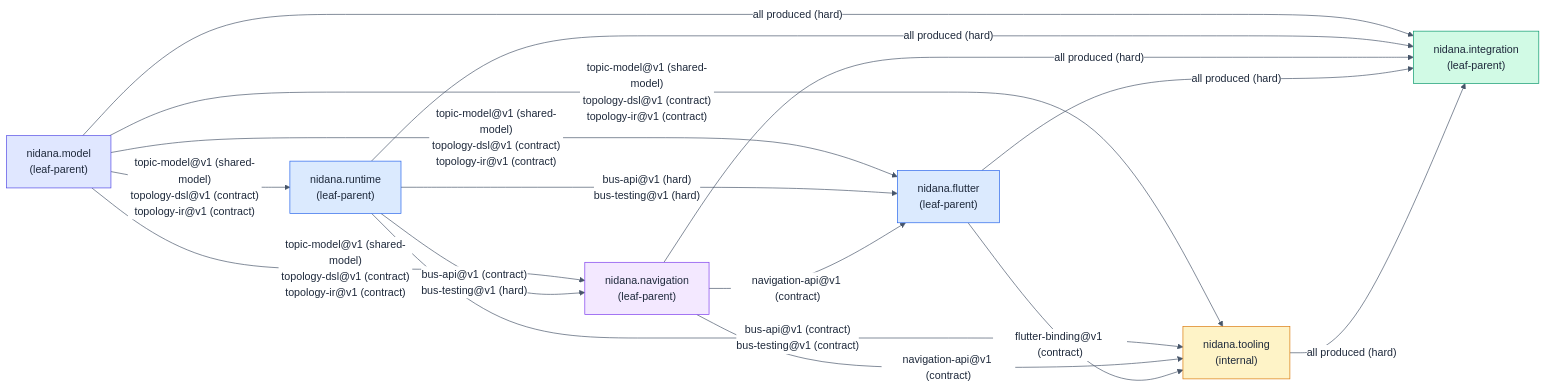
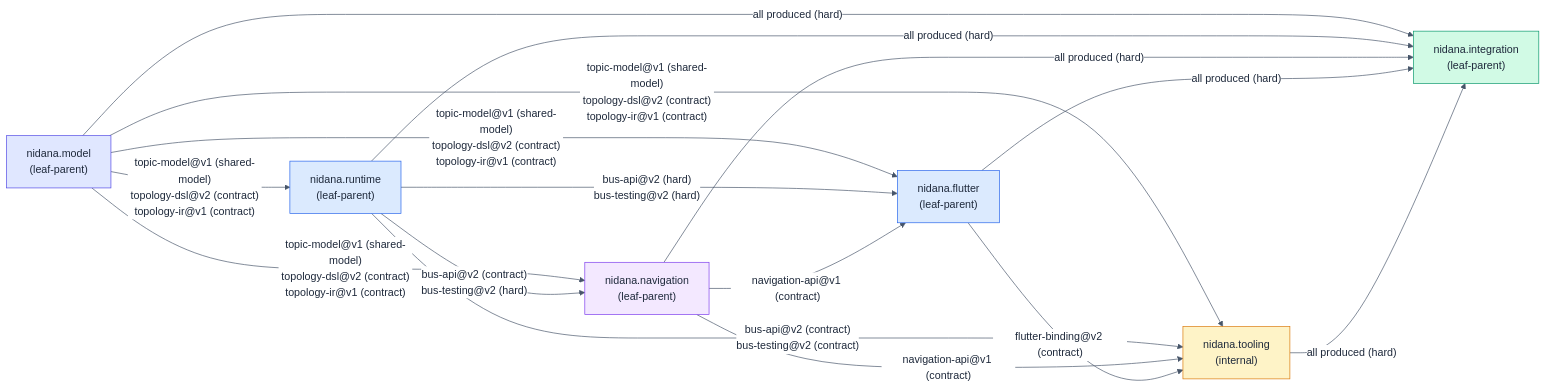
The diagram in hsdd/spec/nidana.md (Samsara-Stream/nidana-bus-dart), drawn with Mermaid before and after one commit. The commit also changed other lines of this file and 1 other file, not shown here.

Commit message:
hsdd: S93 hsdd-spec root nidana touch for v0.15.1 (H22): Sources, D1, D4, D8 to D10, flows, embedded blocks, critical path

````diff
--- a/hsdd/spec/nidana.md
+++ b/hsdd/spec/nidana.md
@@ -142,33 +148,33 @@
 ```mermaid
 %%{init:{'theme':'base','themeVariables':{'primaryTextColor':'#1e293b','lineColor':'#475569','edgeLabelBackground':'#ffffff','tertiaryTextColor':'#1e293b'}}}%%
 flowchart LR
     model["nidana.model<br/>(leaf-parent)"]
     runtime["nidana.runtime<br/>(leaf-parent)"]
     navigation["nidana.navigation<br/>(leaf-parent)"]
     flutter["nidana.flutter<br/>(leaf-parent)"]
     tooling["nidana.tooling<br/>(internal)"]
     integration["nidana.integration<br/>(leaf-parent)"]
 
-    model -- "topic-model@v1 (shared-model)<br/>topology-dsl@v1 (contract)<br/>topology-ir@v1 (contract)" --> runtime
-    model -- "topic-model@v1 (shared-model)<br/>topology-dsl@v1 (contract)<br/>topology-ir@v1 (contract)" --> navigation
-    model -- "topic-model@v1 (shared-model)<br/>topology-dsl@v1 (contract)<br/>topology-ir@v1 (contract)" --> flutter
-    model -- "topic-model@v1 (shared-model)<br/>topology-dsl@v1 (contract)<br/>topology-ir@v1 (contract)" --> tooling
-    runtime -- "bus-api@v1 (contract)<br/>bus-testing@v1 (hard)" --> navigation
-    runtime -- "bus-api@v1 (hard)<br/>bus-testing@v1 (hard)" --> flutter
-    runtime -- "bus-api@v1 (contract)<br/>bus-testing@v1 (contract)" --> tooling
+    model -- "topic-model@v1 (shared-model)<br/>topology-dsl@v2 (contract)<br/>topology-ir@v1 (contract)" --> runtime
+    model -- "topic-model@v1 (shared-model)<br/>topology-dsl@v2 (contract)<br/>topology-ir@v1 (contract)" --> navigation
+    model -- "topic-model@v1 (shared-model)<br/>topology-dsl@v2 (contract)<br/>topology-ir@v1 (contract)" --> flutter
+    model -- "topic-model@v1 (shared-model)<br/>topology-dsl@v2 (contract)<br/>topology-ir@v1 (contract)" --> tooling
+    runtime -- "bus-api@v2 (contract)<br/>bus-testing@v2 (hard)" --> navigation
+    runtime -- "bus-api@v2 (hard)<br/>bus-testing@v2 (hard)" --> flutter
+    runtime -- "bus-api@v2 (contract)<br/>bus-testing@v2 (contract)" --> tooling
     navigation -- "navigation-api@v1 (contract)" --> flutter
     navigation -- "navigation-api@v1 (contract)" --> tooling
-    flutter -- "flutter-binding@v1 (contract)" --> tooling
+    flutter -- "flutter-binding@v2 (contract)" --> tooling
     model -- "all produced (hard)" --> integration
     runtime -- "all produced (hard)" --> integration
     navigation -- "all produced (hard)" --> integration
     flutter -- "all produced (hard)" --> integration
     tooling -- "all produced (hard)" --> integration
 
     style model fill:#e0e7ff,stroke:#4f46e5,color:#1e293b
     style runtime fill:#dbeafe,stroke:#2563eb,color:#1e293b
     style navigation fill:#f3e8ff,stroke:#7c3aed,color:#1e293b
     style flutter fill:#dbeafe,stroke:#2563eb,color:#1e293b
     style tooling fill:#fef3c7,stroke:#d97706,color:#1e293b
     style integration fill:#d1fae5,stroke:#059669,color:#1e293b
 ```
````
